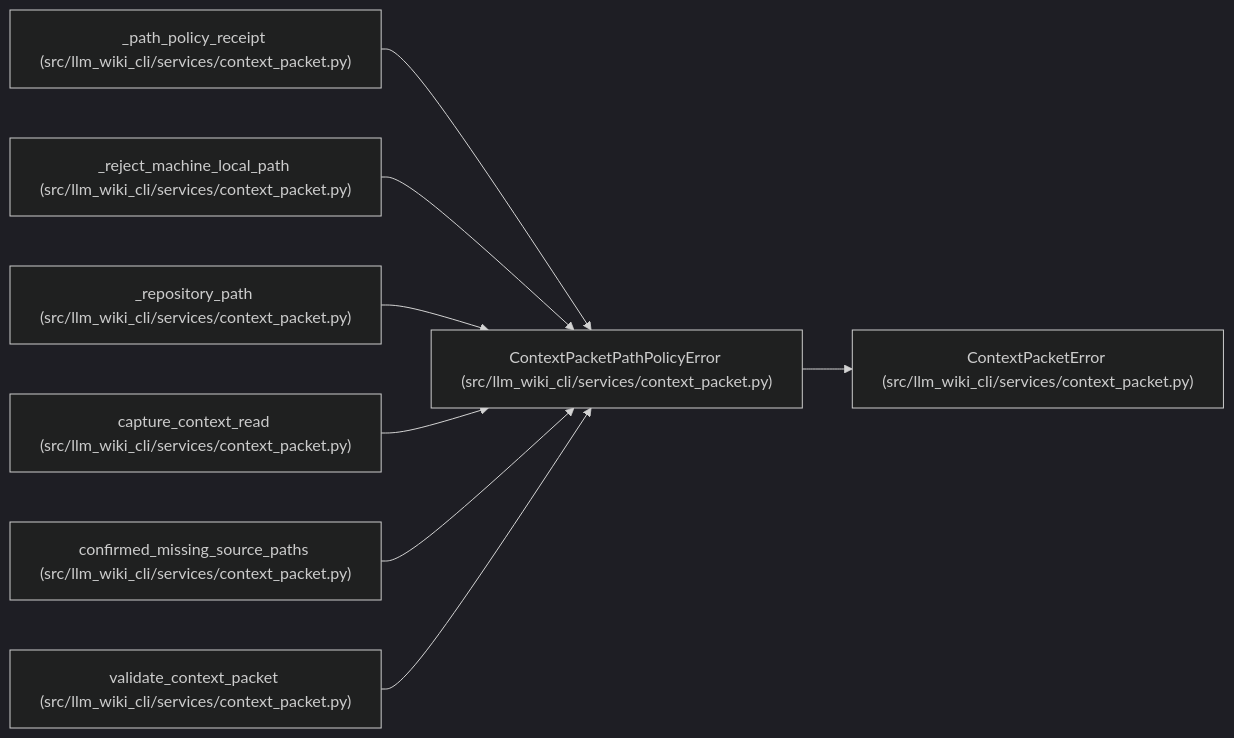
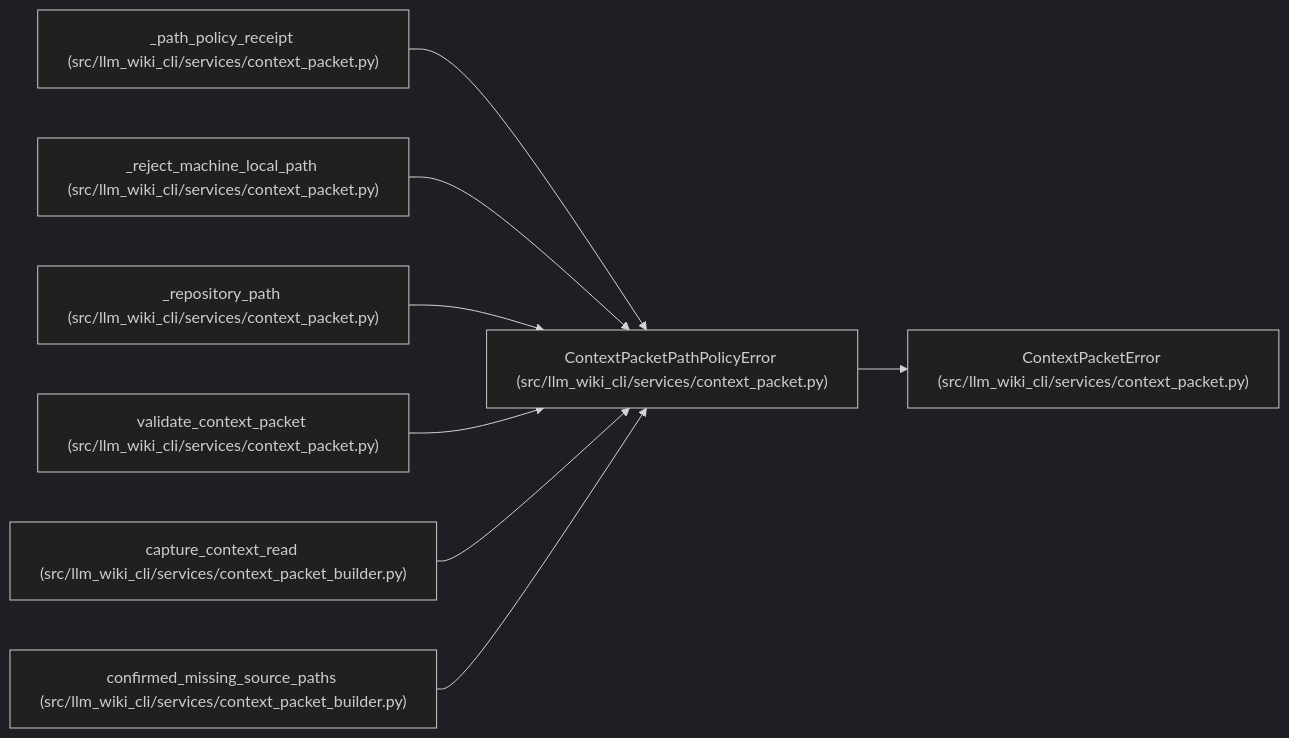
One commit to Denissvgn/python-wiki-llm changed the diagram in docs/llm_wiki/entities/ContextPacketPathPolicyError.md. Above: the diagram before and after it, drawn with Mermaid (dark theme). The commit also changed other lines of this file and 1555 other files, not shown here.

````diff
--- a/docs/llm_wiki/entities/ContextPacketPathPolicyError.md
+++ b/docs/llm_wiki/entities/ContextPacketPathPolicyError.md
@@ -25,26 +25,26 @@
 ```mermaid
 flowchart LR
     n0["ContextPacketPathPolicyError (src/llm_wiki_cli/services/context_packet.py)"]
     n1["ContextPacketError (src/llm_wiki_cli/services/context_packet.py)"]
     n2["_path_policy_receipt (src/llm_wiki_cli/services/context_packet.py)"]
     n3["_reject_machine_local_path (src/llm_wiki_cli/services/context_packet.py)"]
     n4["_repository_path (src/llm_wiki_cli/services/context_packet.py)"]
-    n5["capture_context_read (src/llm_wiki_cli/services/context_packet.py)"]
-    n6["confirmed_missing_source_paths (src/llm_wiki_cli/services/context_packet.py)"]
-    n7["validate_context_packet (src/llm_wiki_cli/services/context_packet.py)"]
+    n5["validate_context_packet (src/llm_wiki_cli/services/context_packet.py)"]
+    n6["capture_context_read (src/llm_wiki_cli/services/context_packet_builder.py)"]
+    n7["confirmed_missing_source_paths (src/llm_wiki_cli/services/context_packet_builder.py)"]
     n0 --> n1
     n2 --> n0
     n3 --> n0
     n4 --> n0
     n5 --> n0
     n6 --> n0
     n7 --> n0
     click n0 "../modules/context_packet.md"
     click n1 "../modules/context_packet.md"
     click n2 "../modules/context_packet.md"
     click n3 "../modules/context_packet.md"
     click n4 "../modules/context_packet.md"
     click n5 "../modules/context_packet.md"
-    click n6 "../modules/context_packet.md"
-    click n7 "../modules/context_packet.md"
+    click n6 "../modules/context_packet_builder.md"
+    click n7 "../modules/context_packet_builder.md"
 ```
````
